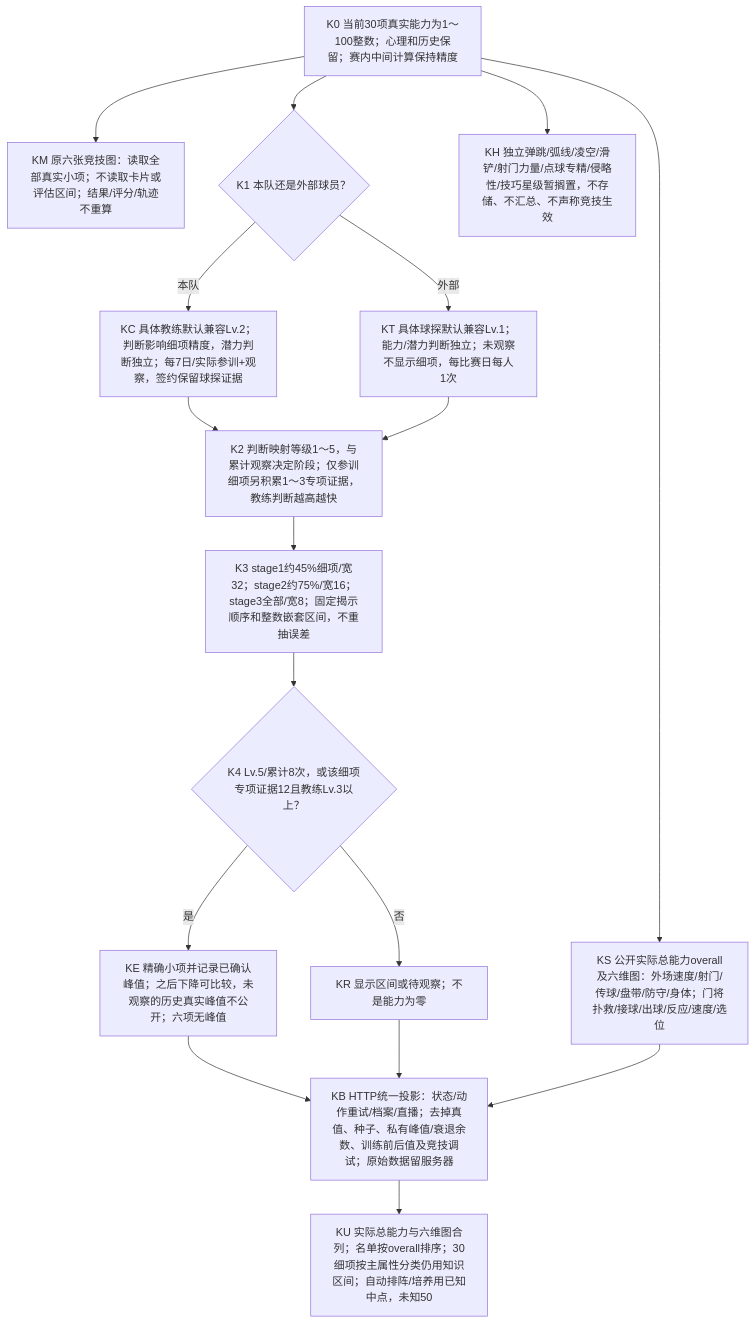
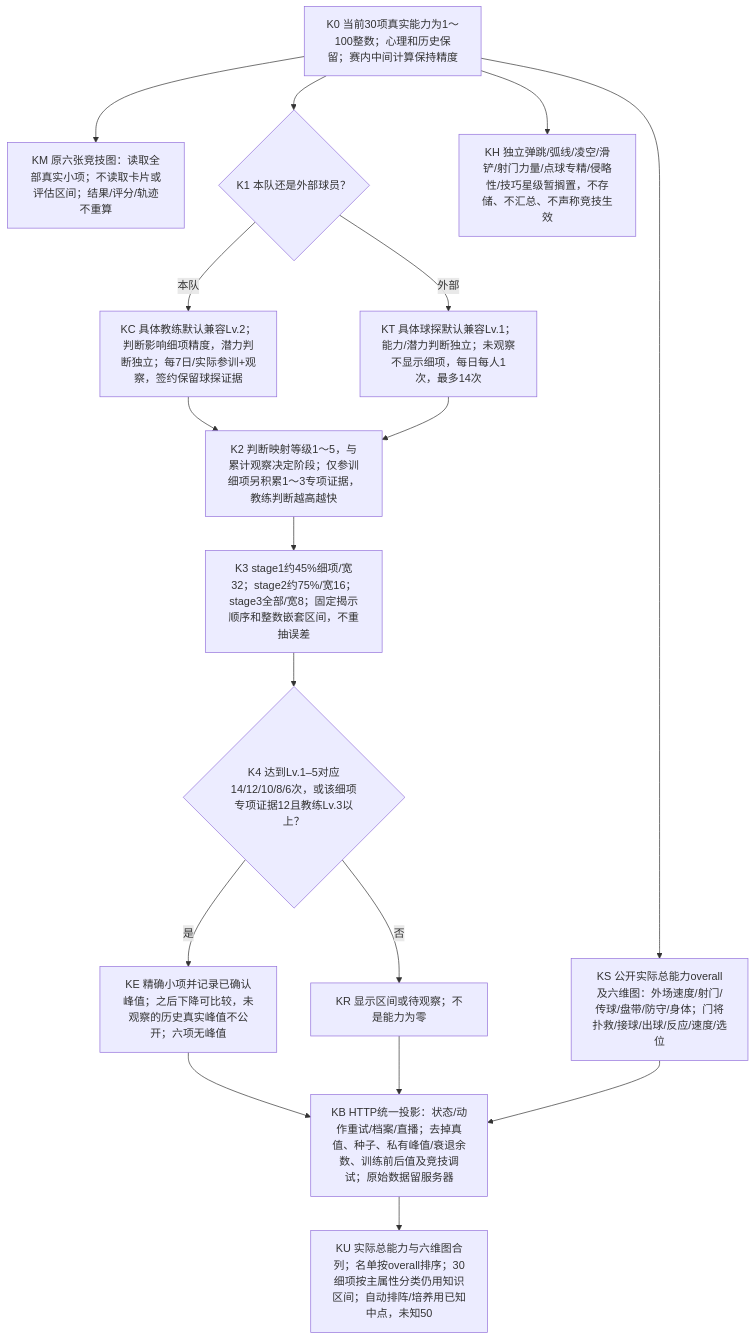
The seventh of 7 diagrams in packages/shared/modules/matches/design/PLAYER_DECISION_MAP.md (sixu3575/touchline-manager), drawn with Mermaid before and after one commit. The commit also changed other lines of this file and 62 other files, not shown here.

````diff
--- a/packages/shared/modules/matches/design/PLAYER_DECISION_MAP.md
+++ b/packages/shared/modules/matches/design/PLAYER_DECISION_MAP.md
@@ -494,19 +493,19 @@
 ```mermaid
 flowchart TD
   K0["K0 当前30项真实能力为1～100整数；心理和历史保留；赛内中间计算保持精度"] --> KM["KM 原六张竞技图：读取全部真实小项；不读取卡片或评估区间；结果/评分/轨迹不重算"]
   K0 --> KS["KS 公开实际总能力overall及六维图：外场速度/射门/传球/盘带/防守/身体；门将扑救/接球/出球/反应/速度/选位"]
   K0 --> K1{"K1 本队还是外部球员？"}
   K1 -->|本队| KC["KC 具体教练默认兼容Lv.2；判断影响细项精度，潜力判断独立；每7日/实际参训+观察，签约保留球探证据"]
-  K1 -->|外部| KT["KT 具体球探默认兼容Lv.1；能力/潜力判断独立；未观察不显示细项，每比赛日每人1次"]
+  K1 -->|外部| KT["KT 具体球探默认兼容Lv.1；能力/潜力判断独立；未观察不显示细项，每日每人1次，最多14次"]
   KC --> K2["K2 判断映射等级1～5，与累计观察决定阶段；仅参训细项另积累1～3专项证据，教练判断越高越快"]
   KT --> K2
   K2 --> K3["K3 stage1约45%细项/宽32；stage2约75%/宽16；stage3全部/宽8；固定揭示顺序和整数嵌套区间，不重抽误差"]
-  K3 --> K4{"K4 Lv.5/累计8次，或该细项专项证据12且教练Lv.3以上？"}
+  K3 --> K4{"K4 达到Lv.1–5对应14/12/10/8/6次，或该细项专项证据12且教练Lv.3以上？"}
   K4 -->|是| KE["KE 精确小项并记录已确认峰值；之后下降可比较，未观察的历史真实峰值不公开；六项无峰值"]
   K4 -->|否| KR["KR 显示区间或待观察；不是能力为零"]
   KE --> KB["KB HTTP统一投影：状态/动作重试/档案/直播；去掉真值、种子、私有峰值/衰退余数、训练前后值及竞技调试；原始数据留服务器"]
   KR --> KB
   KS --> KB
   KB --> KU["KU 实际总能力与六维图合列；名单按overall排序；30细项按主属性分类仍用知识区间；自动排阵/培养用已知中点，未知50"]
   K0 --> KH["KH 独立弹跳/弧线/凌空/滑铲/射门力量/点球专精/侵略性/技巧星级暂搁置，不存储、不汇总、不声称竞技生效"]
 ```
````
